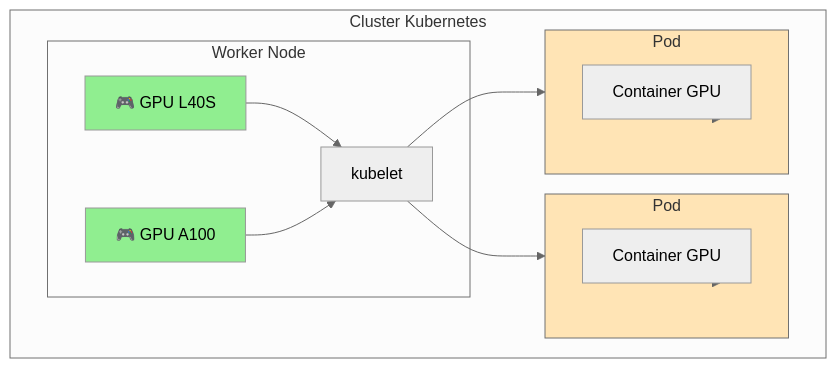
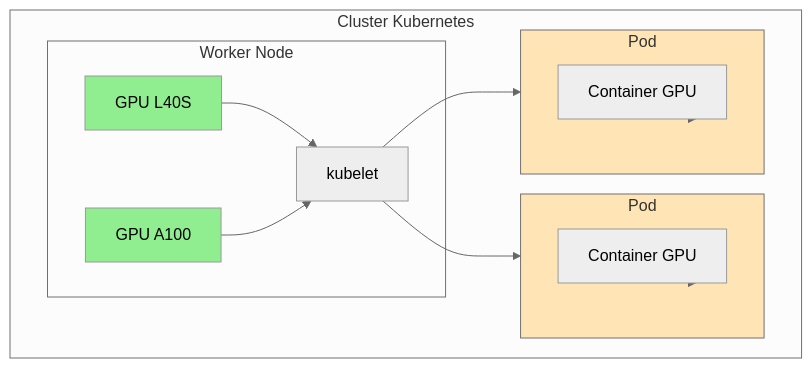
One commit to HidoraSwiss/hikube-public-doc changed the second of 2 diagrams in i18n/it/docusaurus-plugin-content-docs/current/services/gpu/overview.md. Above: the diagram before and after it, drawn with Mermaid (neutral theme). The commit also changed other lines of this file and 142 other files, not shown here.

First line of the commit message:
docs: retirer tous les emojis (titres, encadrés, tableaux, diagrammes)

````diff
--- a/i18n/it/docusaurus-plugin-content-docs/current/services/gpu/overview.md
+++ b/i18n/it/docusaurus-plugin-content-docs/current/services/gpu/overview.md
@@ -95,30 +95,30 @@
 ```mermaid
 flowchart TD
     subgraph CLUSTER["Cluster Kubernetes"]
         subgraph WORKER["Worker Node"]
-            GPU1["🎮 GPU L40S"]
-            GPU2["🎮 GPU A100"]
+            GPU1["GPU L40S"]
+            GPU2["GPU A100"]
             KUBELET["kubelet"]
         end
         
         subgraph POD1["Pod"]
             CONTAINER1["Container GPU"]
         end
         
         subgraph POD2["Pod"]
             CONTAINER2["Container GPU"]
         end
     end
     
     GPU1 --> KUBELET
     GPU2 --> KUBELET
     KUBELET --> POD1
     KUBELET --> POD2
     POD1 --> CONTAINER1
     POD2 --> CONTAINER2
     
     style GPU1 fill:#90EE90
     style GPU2 fill:#90EE90
     style POD1 fill:#FFE4B5
     style POD2 fill:#FFE4B5
 ```
````
